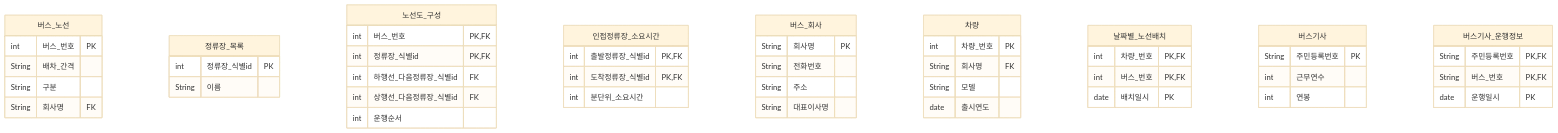
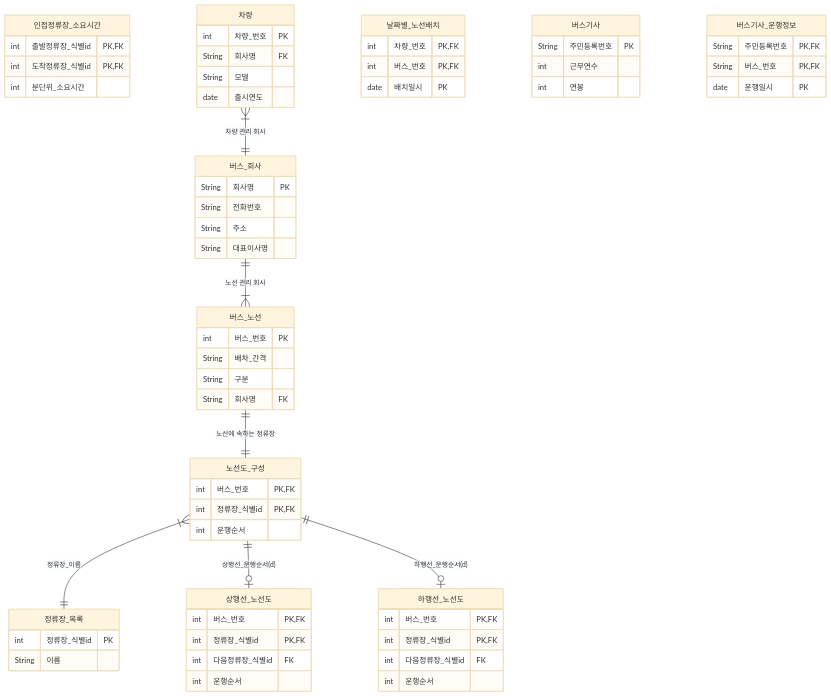
One commit to zerojun040329-eng/test-260401 changed the second of 2 diagrams in README.md. Above: the diagram before and after it, drawn with Mermaid (base theme). The commit also changed other lines of this file, not shown here.

````diff
--- a/README.md
+++ b/README.md
@@ -63,52 +63,69 @@
 ```mermaid
 erDiagram
   버스_노선 {
     int 버스_번호 PK
     String 배차_간격 
     String 구분
     String 회사명 FK
   }
   정류장_목록 {
     int 정류장_식별id PK
     String 이름
   }
   노선도_구성 {
     int 버스_번호 PK, FK
     int 정류장_식별id PK, FK
-    int 하행선_다음정류장_식별id FK
-    int 상행선_다음정류장_식별id FK
+    int 운행순서
+  }
+  상행선_노선도 {
+    int 버스_번호 PK, FK
+    int 정류장_식별id PK, FK
+    int 다음정류장_식별id FK
+    int 운행순서
+  }
+  하행선_노선도 {
+    int 버스_번호 PK, FK
+    int 정류장_식별id PK, FK
+    int 다음정류장_식별id FK
     int 운행순서
   }
   인접정류장_소요시간 {
     int 출발정류장_식별id PK, FK
     int 도착정류장_식별id PK, FK
     int 분단위_소요시간
   }
   버스_회사 {
     String 회사명 PK
     String 전화번호
     String 주소
     String 대표이사명
   }
   차량 {
     int 차량_번호 PK
     String 회사명 FK
     String 모델
     date 출시연도
   }
   날짜별_노선배치 {
     int 차량_번호 PK, FK
     int 버스_번호 PK, FK
     date 배치일시 PK
   }
   버스기사 {
     String 주민등록번호 PK
     int 근무연수
     int 연봉
   }
   버스기사_운행정보 {
     String 주민등록번호 PK, FK
     String 버스_번호 PK, FK
     date 운행일시 PK
   }
+
+  버스_회사 ||--|{ 버스_노선 : "노선 관리 회사"
+  차량 |{--|| 버스_회사 : "차량 관리 회사"
+  버스_노선 ||--|| 노선도_구성 : "노선에 속하는 정류장"
+  노선도_구성 |{--|| 정류장_목록 : "정류장_이름"
+  노선도_구성 ||--o| 상행선_노선도 : "상행선_운행순서(d)"
+  노선도_구성 ||--o| 하행선_노선도 : "하행선_운행순서(d)"
 ```
````
